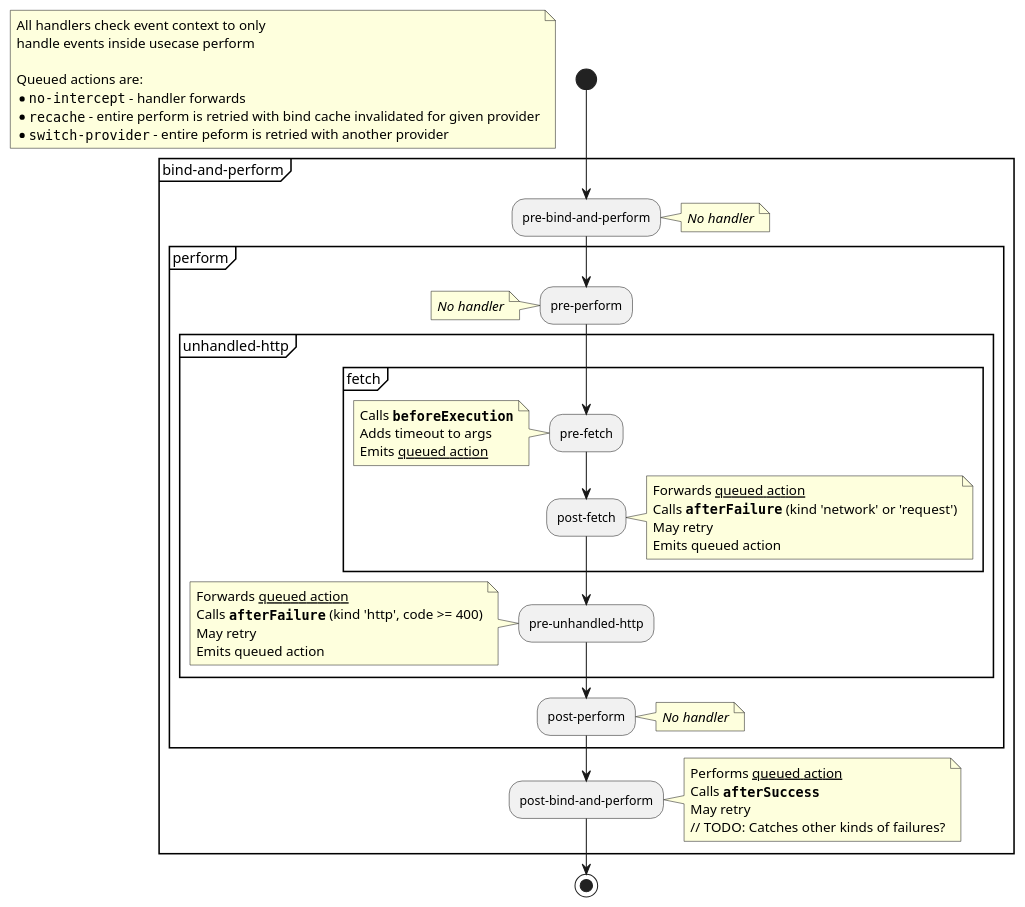
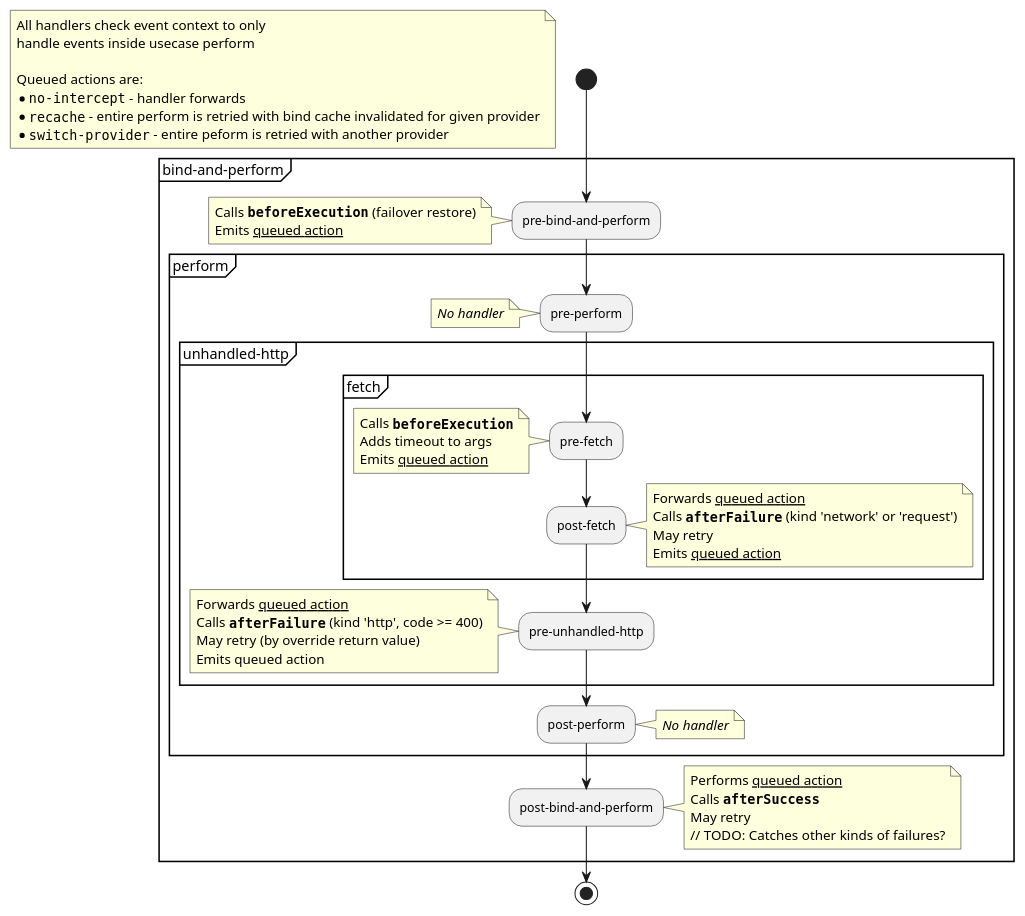
Before and after one commit to superfaceai/one-sdk-js: the diagram in docs/client/failure/diagram_failover_hooks.puml, drawn with PlantUML. The commit also changed 1 other file, not shown here.

Commit message:
feat: update failover diagram

```diff
--- a/docs/client/failure/diagram_failover_hooks.puml
+++ b/docs/client/failure/diagram_failover_hooks.puml
@@ -1,70 +1,71 @@
 @startuml
 
 start
 
 floating note
 	All handlers check event context to only
 	handle events inside usecase perform
 
 	Queued actions are:
 	* ""no-intercept"" - handler forwards
 	* ""recache"" - entire perform is retried with bind cache invalidated for given provider
 	* ""switch-provider"" - entire peform is retried with another provider
 end note
 
 partition bind-and-perform {
 	:pre-bind-and-perform;
-	note right
-		//No handler//
+	note left
+		Calls **""beforeExecution""** (failover restore)
+		Emits __queued action__
 	end note
 
 	partition perform {
 		:pre-perform;
 		note left
 			//No handler//
 		end note
 
 		partition unhandled-http {
 			partition fetch {
 				:pre-fetch;
 				note left
 					Calls **""beforeExecution""**
 					Adds timeout to args
 					Emits __queued action__
 				end note
 
 				:post-fetch;
 				note right
 					Forwards __queued action__
 					Calls **""afterFailure""** (kind 'network' or 'request')
 					May retry
-					Emits queued action
+					Emits __queued action__
 				end note
 			}
 			:pre-unhandled-http;
 			note left
 				Forwards __queued action__
 				Calls **""afterFailure""** (kind 'http', code >= 400)
-				May retry
+				May retry (by override return value)
 				Emits queued action
 			end note
 		}
 
 		:post-perform;
 		note right
 			//No handler//
 		end note
 	}
 
 	:post-bind-and-perform;
 	note right
 		Performs __queued action__
 		Calls **""afterSuccess""**
 		May retry
 		// TODO: Catches other kinds of failures?
 	end note
 }
 
 stop
 
 @enduml
```
